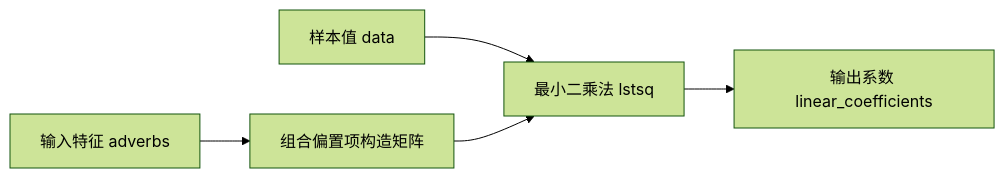
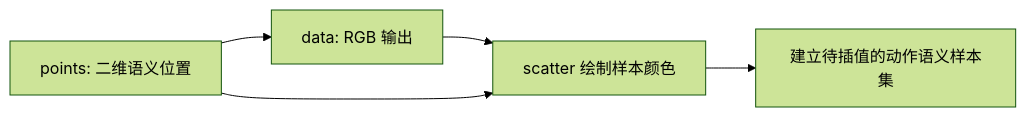
One commit to EvihGraphics/AnimationTech-HTC changed the eighth of 14 diagrams in docs/blog/Theory/radial_basis_function_verbs_and_adverbs/README.md. Above: the diagram before and after it, drawn with Mermaid (forest theme). The commit also changed other lines of this file and 6 other files, not shown here.

````diff
--- a/docs/blog/Theory/radial_basis_function_verbs_and_adverbs/README.md
+++ b/docs/blog/Theory/radial_basis_function_verbs_and_adverbs/README.md
@@ -137,7 +211,7 @@
 ```mermaid
 flowchart LR
-    A[输入特征 adverbs] --> B[组合偏置项构造矩阵]
-    C[样本值 data] --> D[最小二乘法 lstsq]
-    B --> D
-    D --> E[输出系数 linear_coefficients]
+    A[points: 二维语义位置] --> B[data: RGB 输出]
+    B --> C[scatter 绘制样本颜色]
+    A --> C
+    C --> D[建立待插值的动作语义样本集]
 ```
````
